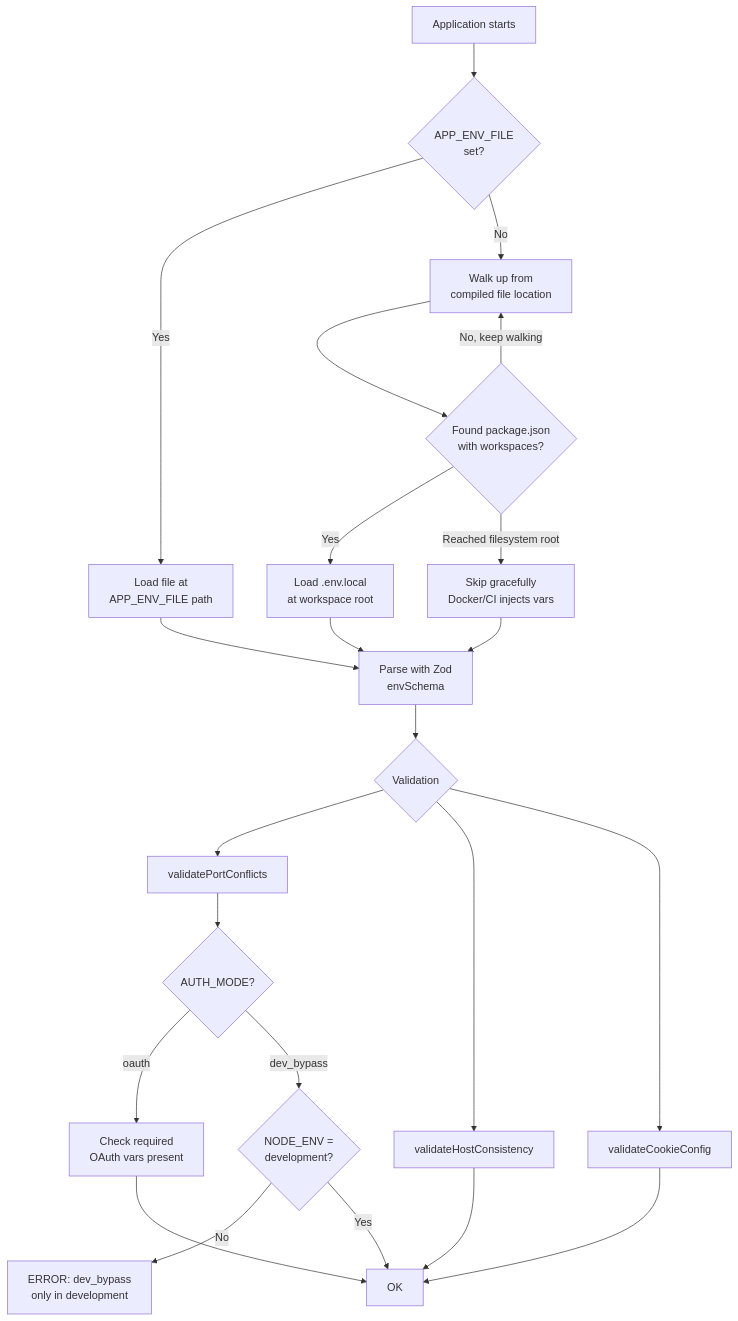
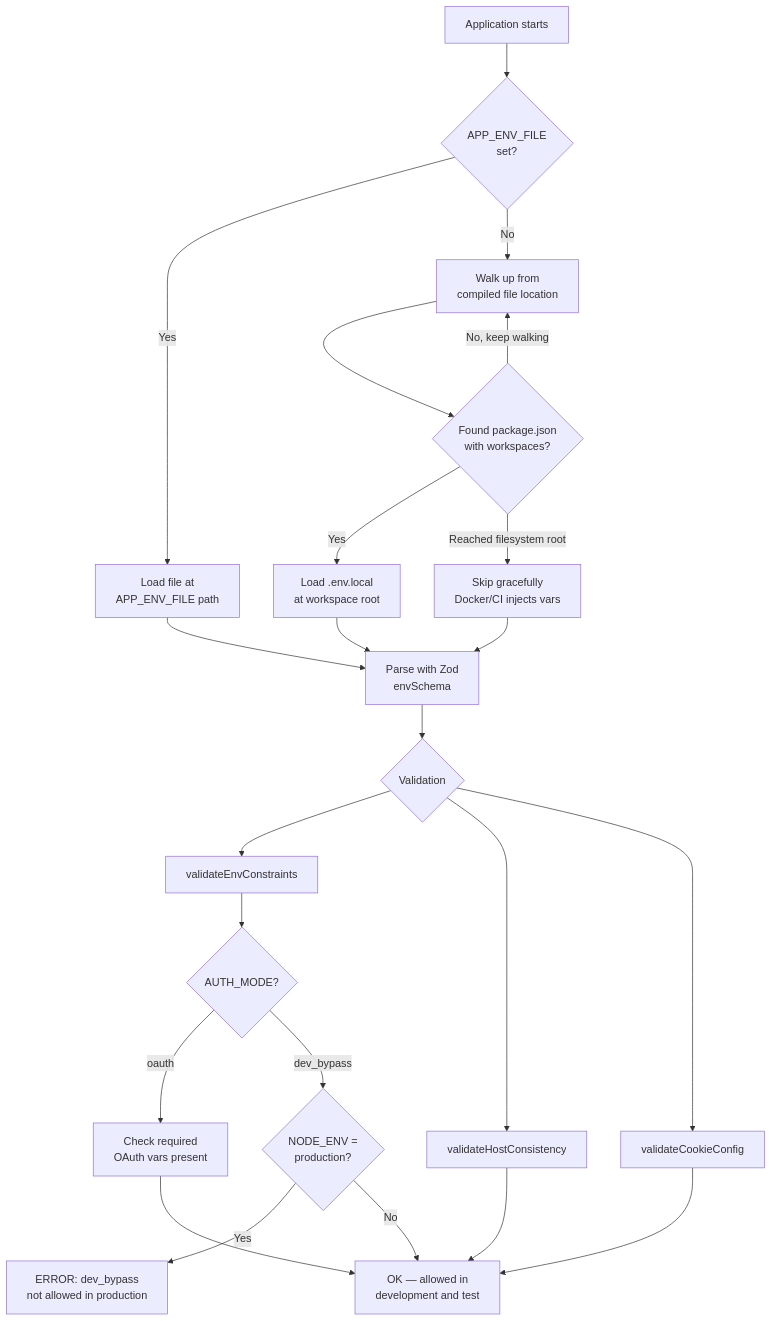
The first of 8 diagrams in docs/notes/oauth-env-refactor/01-env-variable-refactor-plan.md (kzokv/tw-portfolio), drawn with Mermaid before and after one commit. The commit also changed other lines of this file and 20 other files, not shown here.

First line of the commit message:
refactor(config): KZO-101, KZO-102: unify env schemas and merge Docker schemas

````diff
--- a/docs/notes/oauth-env-refactor/01-env-variable-refactor-plan.md
+++ b/docs/notes/oauth-env-refactor/01-env-variable-refactor-plan.md
@@ -136,25 +137,25 @@
 ```mermaid
 flowchart TD
     A[Application starts] --> B{APP_ENV_FILE<br/>set?}
     B -->|Yes| C[Load file at<br/>APP_ENV_FILE path]
     B -->|No| D[Walk up from<br/>compiled file location]
     D --> E{Found package.json<br/>with workspaces?}
     E -->|Yes| F[Load .env.local<br/>at workspace root]
     E -->|No, keep walking| D
     E -->|Reached filesystem root| G[Skip gracefully<br/>Docker/CI injects vars]
     C --> H[Parse with Zod<br/>envSchema]
     F --> H
     G --> H
     H --> I{Validation}
-    I --> J[validatePortConflicts]
+    I --> J[validateEnvConstraints]
     I --> K[validateHostConsistency]
     I --> L[validateCookieConfig]
     J --> M{AUTH_MODE?}
     M -->|oauth| N[Check required<br/>OAuth vars present]
-    M -->|dev_bypass| O{NODE_ENV =<br/>development?}
-    O -->|No| P[ERROR: dev_bypass<br/>only in development]
-    O -->|Yes| Q[OK]
+    M -->|dev_bypass| O{NODE_ENV =<br/>production?}
+    O -->|Yes| P[ERROR: dev_bypass<br/>not allowed in production]
+    O -->|No| Q[OK — allowed in<br/>development and test]
     N --> Q
     K --> Q
     L --> Q
 ```
````
